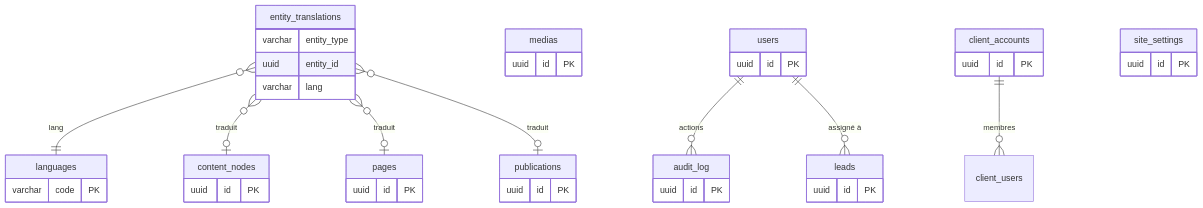
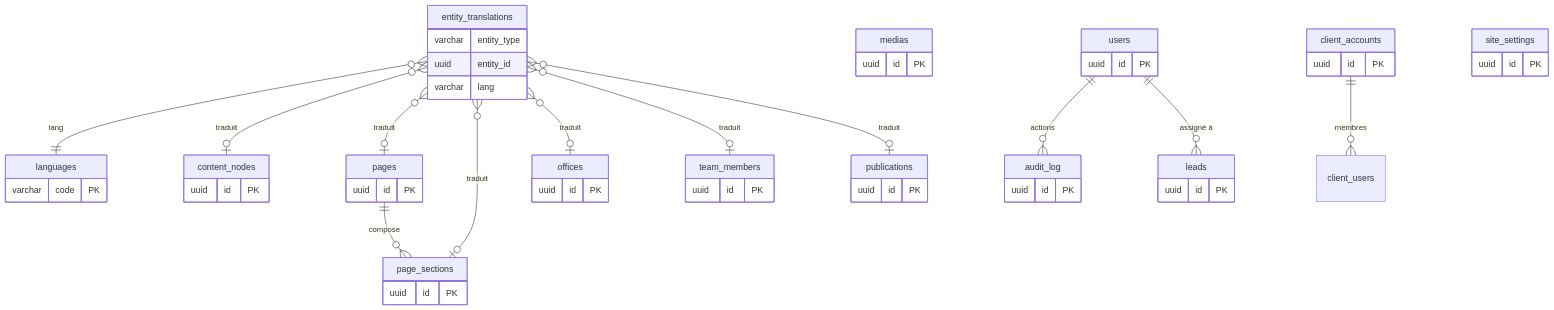
The ninth of 9 diagrams in Analyse/modelisation/docs/06-donnees.md (DonArhouna/Exauce), drawn with Mermaid before and after one commit. The commit also changed other lines of this file and 2 other files, not shown here.

Commit message:
docs(analyse): schema cible (pages/sections, bureaux, equipe, SEO par langue), redirections uniques et ecrans back-office

````diff
--- a/Analyse/modelisation/docs/06-donnees.md
+++ b/Analyse/modelisation/docs/06-donnees.md
@@ -363,25 +441,32 @@
 ```mermaid
 erDiagram
   entity_translations {
     varchar entity_type
     uuid entity_id
     varchar lang
   }
   content_nodes { uuid id PK }
   pages { uuid id PK }
+  page_sections { uuid id PK }
+  offices { uuid id PK }
+  team_members { uuid id PK }
   publications { uuid id PK }
   medias { uuid id PK }
   users { uuid id PK }
   leads { uuid id PK }
   client_accounts { uuid id PK }
   site_settings { uuid id PK }
   audit_log { uuid id PK }
   languages { varchar code PK }
   entity_translations }o--|| languages : "lang"
   entity_translations }o--o| content_nodes : "traduit"
   entity_translations }o--o| pages : "traduit"
+  entity_translations }o--o| page_sections : "traduit"
+  entity_translations }o--o| offices : "traduit"
+  entity_translations }o--o| team_members : "traduit"
   entity_translations }o--o| publications : "traduit"
+  pages ||--o{ page_sections : "compose"
   users ||--o{ audit_log : "actions"
   users ||--o{ leads : "assigné à"
   client_accounts ||--o{ client_users : "membres"
 ```
````
